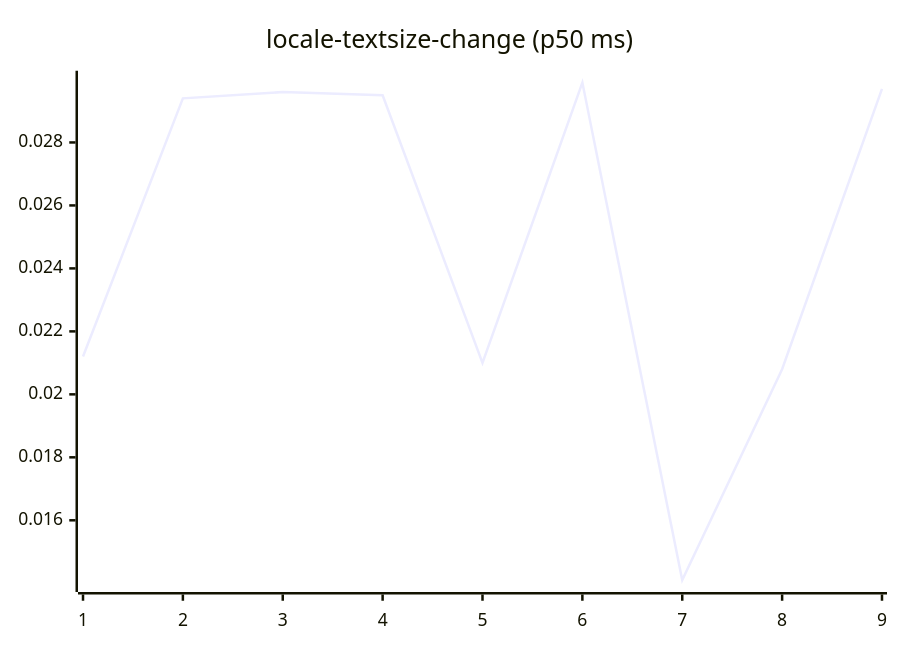
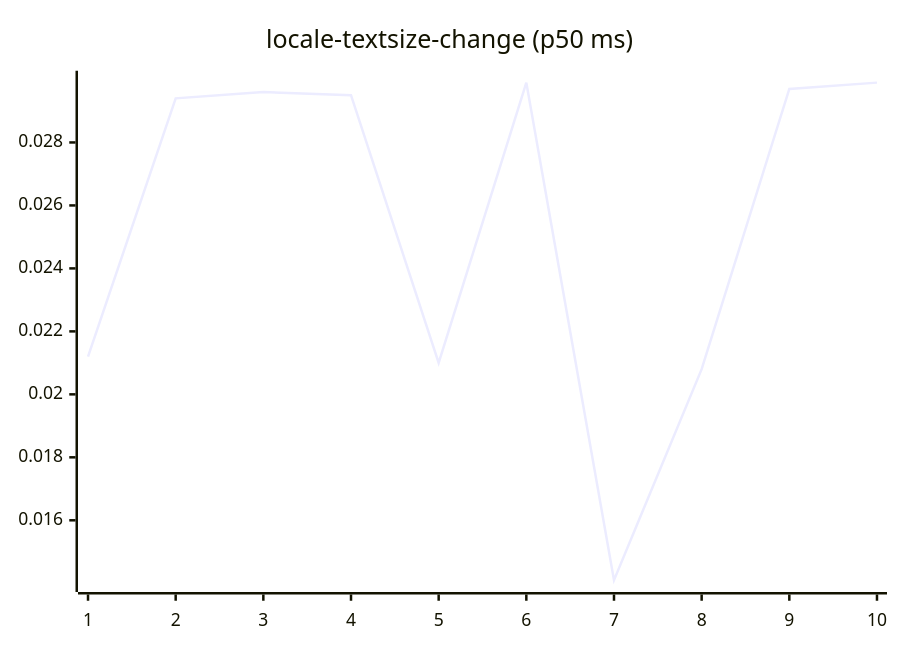
Diagram 13 of 27 in README.md (josha/Facet), drawn with Mermaid before and after one commit. The commit also changed other lines of this file and 2 other files, not shown here.

````diff
--- a/README.md
+++ b/README.md
@@ -147,6 +147,6 @@
 ```mermaid
 xychart-beta
     title "locale-textsize-change (p50 ms)"
-    x-axis 1 --> 9
-    line [0.0212, 0.0294, 0.0296, 0.0295, 0.0210, 0.0299, 0.0141, 0.0208, 0.0297]
+    x-axis 1 --> 10
+    line [0.0212, 0.0294, 0.0296, 0.0295, 0.0210, 0.0299, 0.0141, 0.0208, 0.0297, 0.0299]
 ```
````
